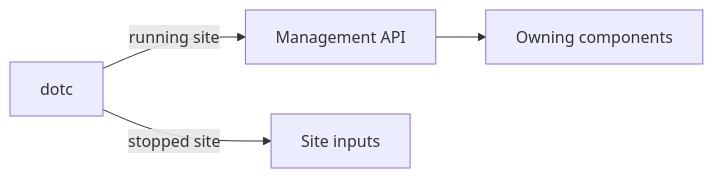
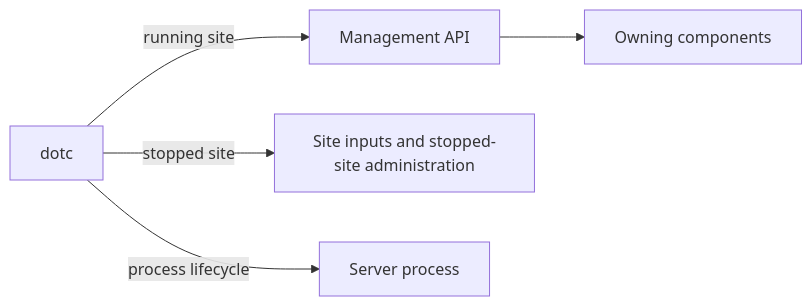
One commit to dotcoreai/dotcore changed the diagram in docs/design/cli.md. Above: the diagram before and after it, drawn with Mermaid. The commit also changed other lines of this file and 12 other files, not shown here.

Commit message:
docs(*): restructure design pages as architecture specs

````diff
--- a/docs/design/cli.md
+++ b/docs/design/cli.md
@@ -16,5 +19,6 @@
 ```mermaid
 flowchart LR
-  CLI["dotc"] -->|running site| API["Management API"] --> OWN["Owning components"]
-  CLI -->|stopped site| FILES["Site inputs"]
+  CLI["dotc"] -->|"running site"| API["Management API"] --> OWN["Owning components"]
+  CLI -->|"stopped site"| IN["Site inputs and stopped-site administration"]
+  CLI -->|"process lifecycle"| SRV["Server process"]
 ```
````
